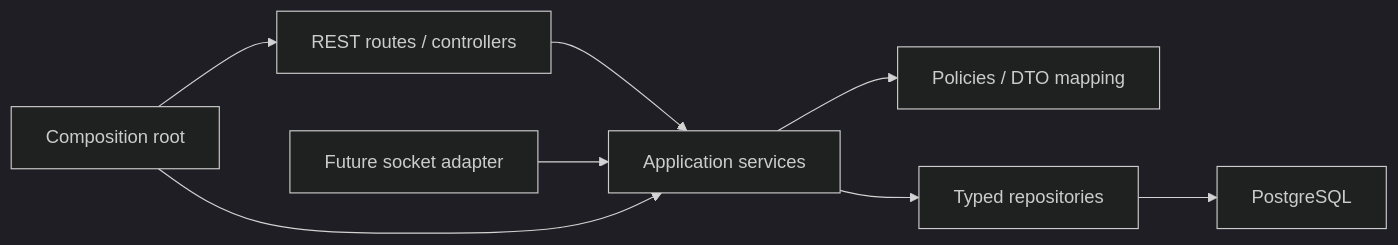
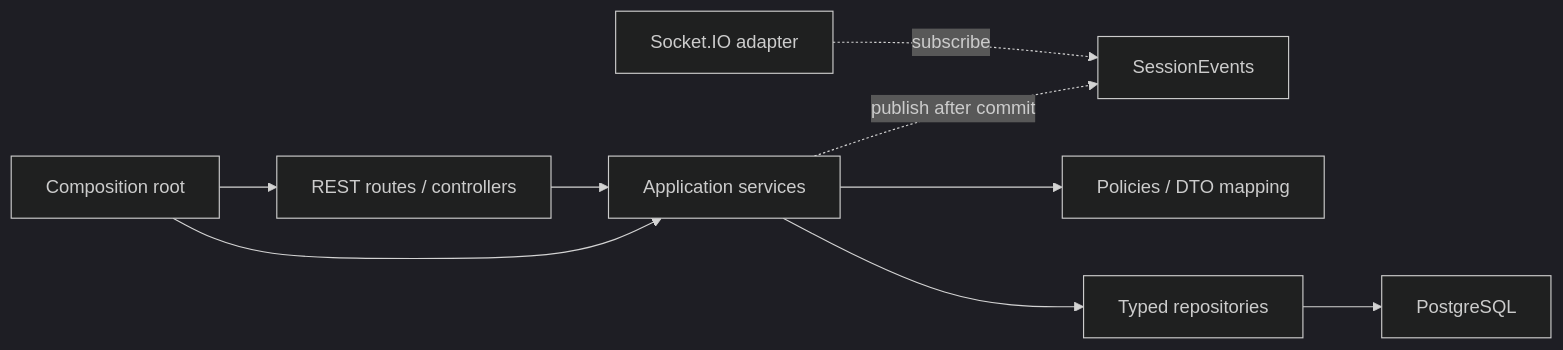
The diagram in docs/backend-architecture.md (namdin05/datn), drawn with Mermaid (dark theme) before and after one commit. The commit also changed other lines of this file and 31 other files, not shown here.

````diff
--- a/docs/backend-architecture.md
+++ b/docs/backend-architecture.md
@@ -55,10 +56,11 @@
 ```mermaid
 flowchart LR
   H[REST routes / controllers] --> S[Application services]
-  W[Future socket adapter] --> S
+  W[Socket.IO adapter] -. subscribe .-> E[SessionEvents]
+  S -. publish after commit .-> E
   S --> P[Policies / DTO mapping]
   S --> R[Typed repositories]
   R --> D[PostgreSQL]
   C[Composition root] --> H
   C --> S
 ```
````
